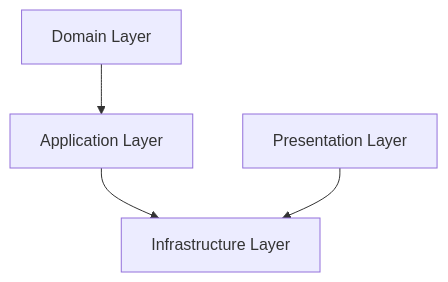
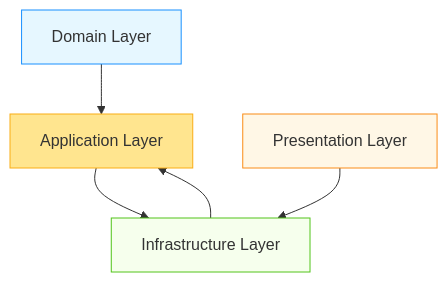
The first of 4 diagrams in Unity Modular-Layered Architecture.md (BlizzyIxyz/Code-Standards), drawn with Mermaid before and after one commit. The commit also changed other lines of this file, not shown here.

Commit message:
Update Unity Modular-Layered Architecture.md

````diff
--- a/Unity Modular-Layered Architecture.md
+++ b/Unity Modular-Layered Architecture.md
@@ -195,6 +269,15 @@
 ```mermaid
 graph TD
     C[Domain Layer] --> B[Application Layer]
     B[Application Layer] --> D[Infrastructure Layer]
     A[Presentation Layer] --> D[Infrastructure Layer]
+    D[Infrastructure Layer] --> B[Application Layer]
+    
+    style C fill:#e6f7ff,stroke:#1890ff
+    style B fill:#ffe58f,stroke:#faad14
+    style D fill:#f6ffed,stroke:#52c41a
+    style A fill:#fff7e6,stroke:#fa8c16
+    
+    classDef layer fill:#f0f0f0,stroke:#d9d9d9;
+    class C,B,D,A layer;
 ```
````
